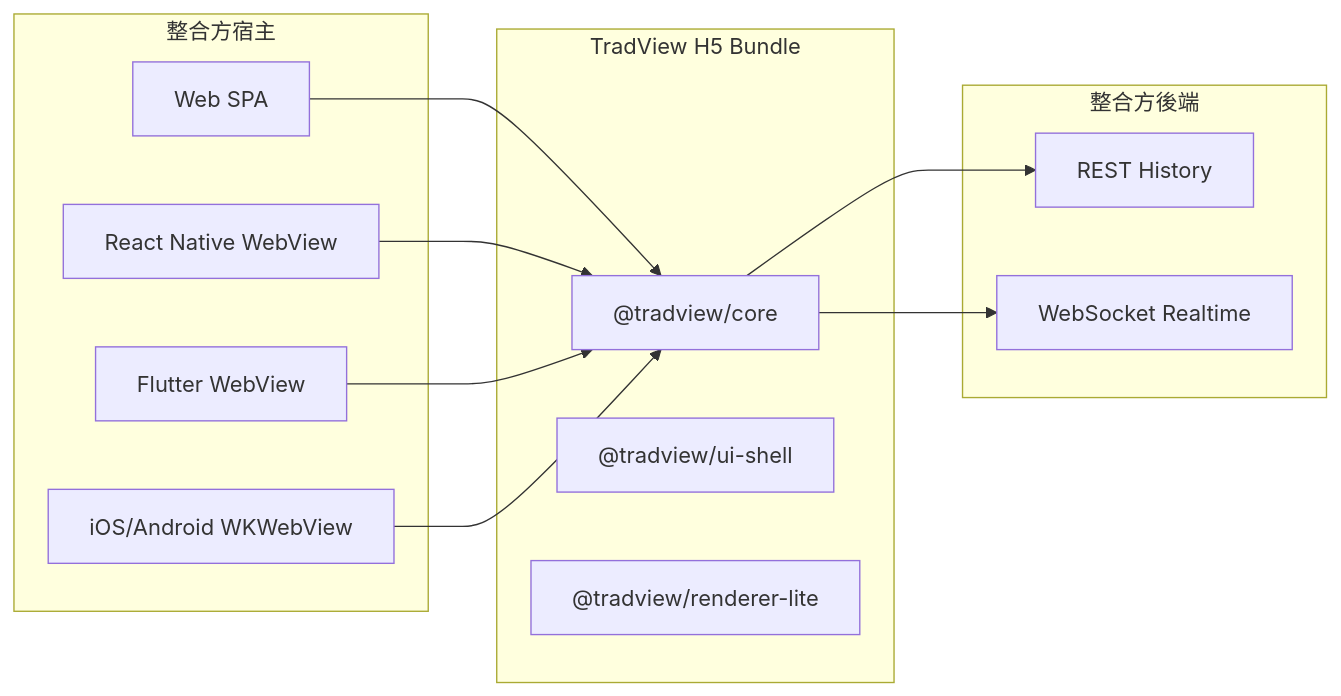
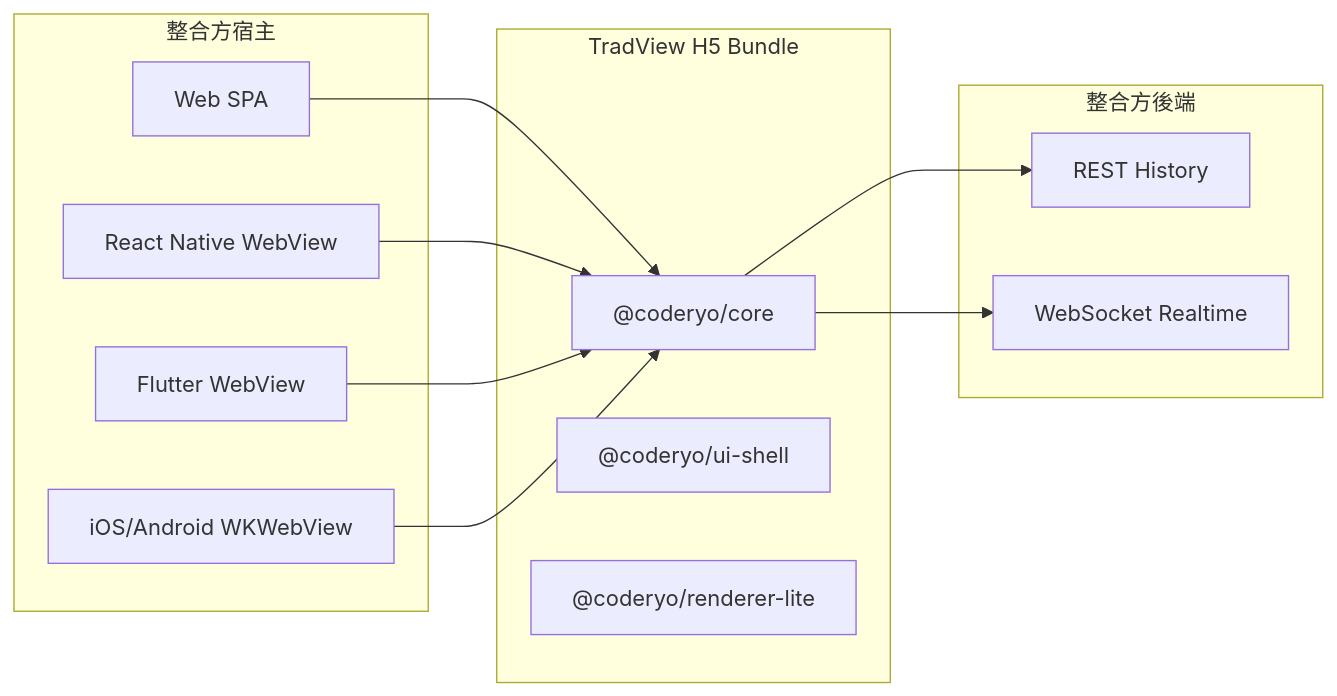
Before and after one commit to CodeRyoStudio/tradview: the first of 11 diagrams in docs/DESIGN.md, drawn with Mermaid. The commit also changed other lines of this file and 87 other files, not shown here.

Commit message:
refactor!: rename npm scope @tradview to @coderyo

````diff
--- a/docs/DESIGN.md
+++ b/docs/DESIGN.md
@@ -29,24 +29,24 @@
 ```mermaid
 flowchart LR
   subgraph Host["整合方宿主"]
     Web["Web SPA"]
     RN["React Native WebView"]
     Flutter["Flutter WebView"]
     Native["iOS/Android WKWebView"]
   end
   subgraph Bundle["TradView H5 Bundle"]
-    Core["@tradview/core"]
-    UI["@tradview/ui-shell"]
-    Lite["@tradview/renderer-lite"]
+    Core["@coderyo/core"]
+    UI["@coderyo/ui-shell"]
+    Lite["@coderyo/renderer-lite"]
   end
   subgraph Data["整合方後端"]
     REST["REST History"]
     WS["WebSocket Realtime"]
   end
   Web --> Core
   RN --> Core
   Flutter --> Core
   Native --> Core
   Core --> REST
   Core --> WS
 ```
````
